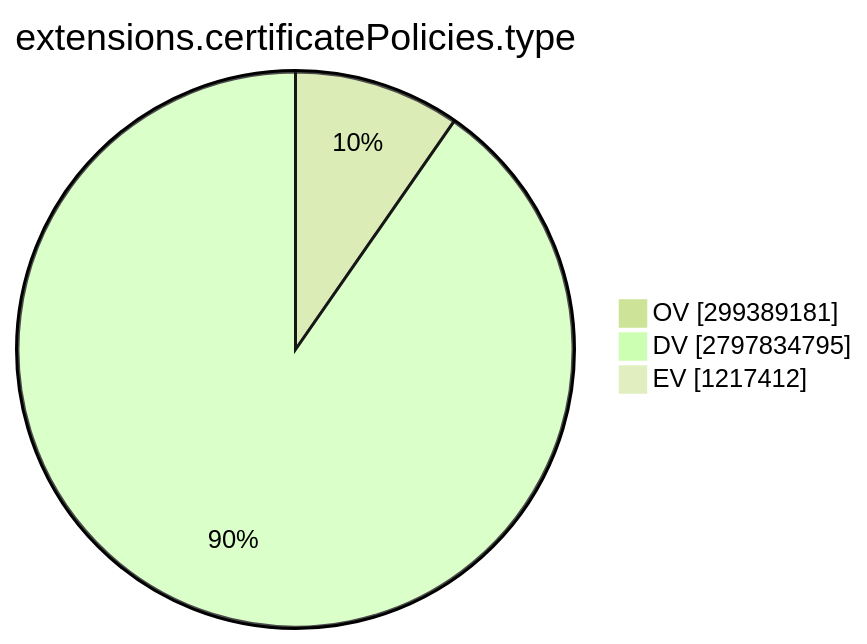
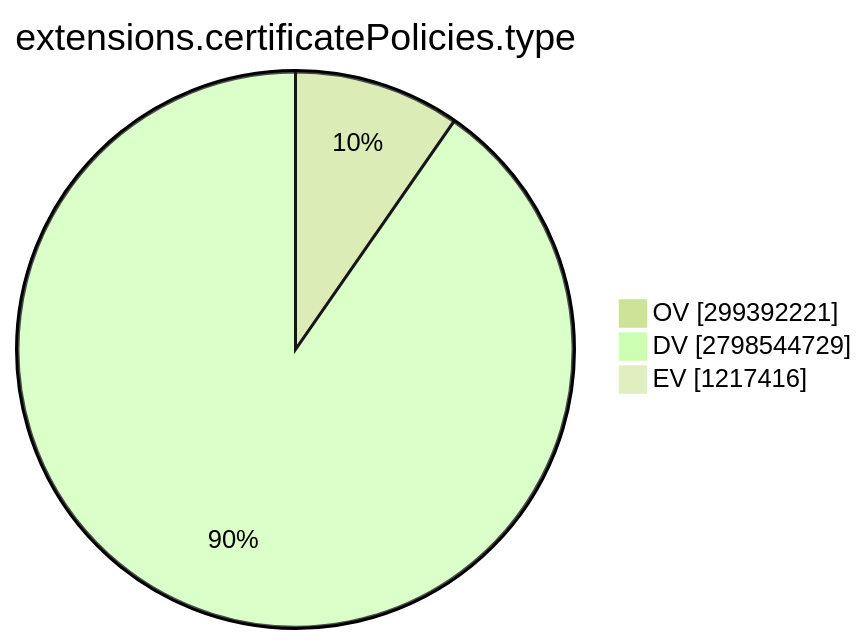
The ninth of 15 diagrams in TOTAL/README.md (christiankrug/ctmonitor_visualization), drawn with Mermaid (forest theme) before and after one commit. The commit also changed other lines of this file, not shown here.

````diff
--- a/TOTAL/README.md
+++ b/TOTAL/README.md
@@ -3101,7 +3101,7 @@
 ```mermaid
 pie showData
 title extensions.certificatePolicies.type
-"OV" :299389181
-"DV" :2797834795
-"EV" :1217412
+"OV" :299392221
+"DV" :2798544729
+"EV" :1217416
 ```
````
